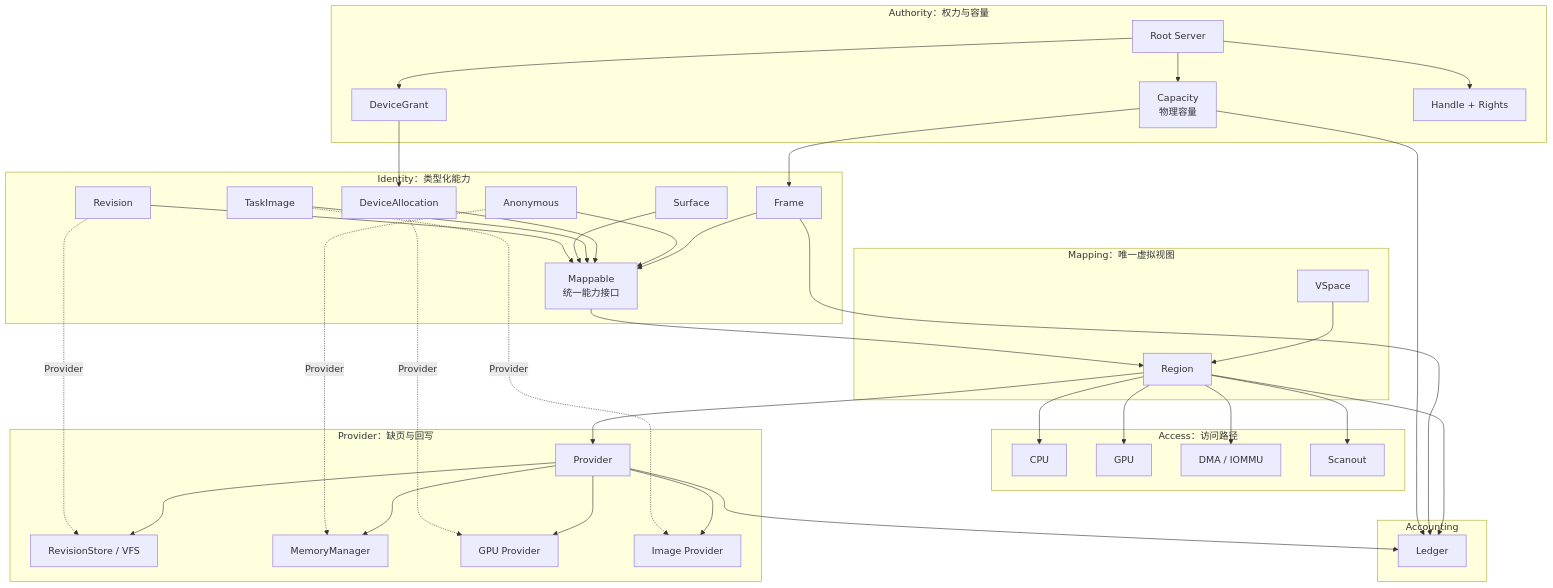
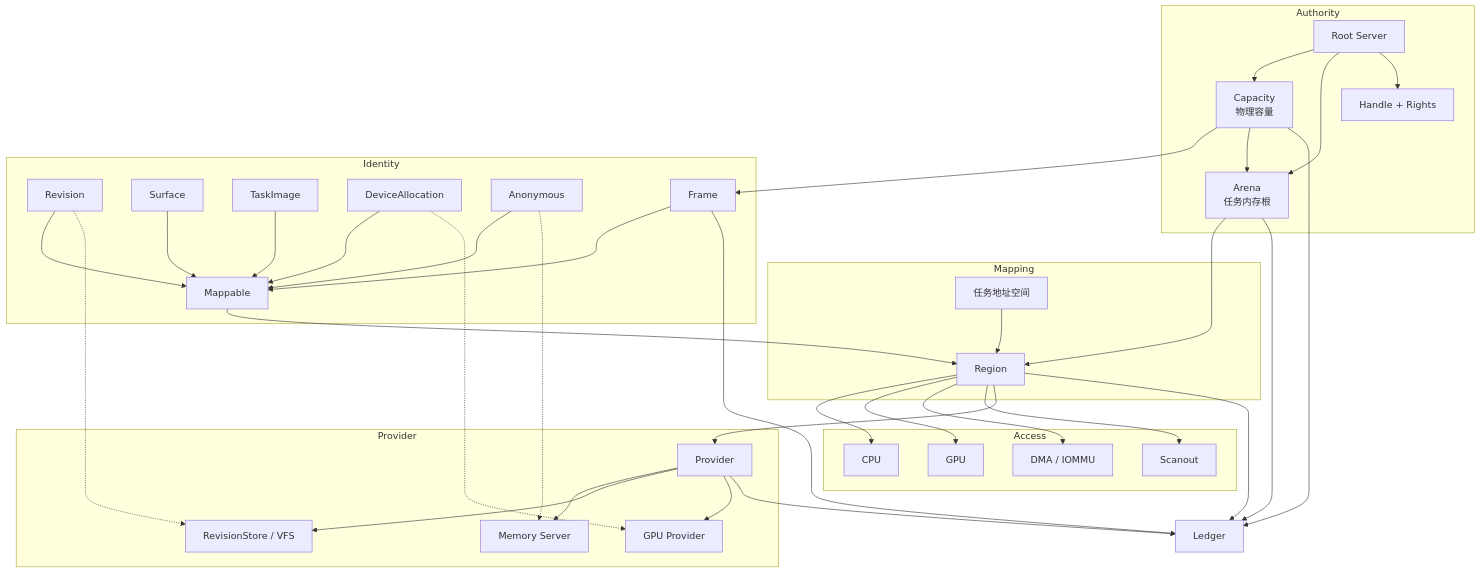
Before and after one commit to hongweifei/HolyKernel: the first of 3 diagrams in docs/hmp.md, drawn with Mermaid. The commit also changed other lines of this file and 35 other files, not shown here.

````diff
--- a/docs/hmp.md
+++ b/docs/hmp.md
@@ -65,79 +28,75 @@
 ```mermaid
 flowchart TB
-  subgraph Authority["Authority：权力与容量"]
+  subgraph Authority["Authority"]
     Root["Root Server"]
     Capacity["Capacity<br/>物理容量"]
-    Grant["DeviceGrant"]
+    Arena["Arena<br/>任务内存根"]
     Handle["Handle + Rights"]
   end
 
-  subgraph Identity["Identity：类型化能力"]
+  subgraph Identity["Identity"]
     Revision["Revision"]
     Surface["Surface"]
     TaskImage["TaskImage"]
     Device["DeviceAllocation"]
     Anonymous["Anonymous"]
     Frame["Frame"]
-    Mappable["Mappable<br/>统一能力接口"]
+    Mappable["Mappable"]
   end
 
-  subgraph Mapping["Mapping：唯一虚拟视图"]
-    VSpace["VSpace"]
+  subgraph Mapping["Mapping"]
     Region["Region"]
+    Space["任务地址空间"]
   end
 
-  subgraph Access["Access：访问路径"]
+  subgraph Access["Access"]
     CPU["CPU"]
     GPU["GPU"]
     DMA["DMA / IOMMU"]
     Scanout["Scanout"]
   end
 
-  subgraph ProviderLayer["Provider：缺页与回写"]
+  subgraph Service["Provider"]
     Provider["Provider"]
-    RevisionStore["RevisionStore / VFS"]
-    MemMgr["MemoryManager"]
-    GpuProvider["GPU Provider"]
-    ImageProvider["Image Provider"]
+    Mem["Memory Server"]
+    Store["RevisionStore / VFS"]
+    Gpu["GPU Provider"]
   end
 
-  subgraph Accounting["Accounting"]
-    Ledger["Ledger"]
-  end
+  Ledger["Ledger"]
 
   Root --> Capacity
-  Root --> Grant
+  Root --> Arena
   Root --> Handle
   Capacity --> Frame
-  Grant --> Device
+  Capacity --> Arena
+  Arena --> Region
+  Space --> Region
 
   Revision --> Mappable
   Surface --> Mappable
   TaskImage --> Mappable
   Device --> Mappable
   Anonymous --> Mappable
   Frame --> Mappable
   Mappable --> Region
-  VSpace --> Region
 
   Region --> CPU
   Region --> GPU
   Region --> DMA
   Region --> Scanout
 
-  Revision -.->|Provider| RevisionStore
-  Anonymous -.->|Provider| MemMgr
-  Device -.->|Provider| GpuProvider
-  TaskImage -.->|Provider| ImageProvider
-
+  Revision -.-> Store
+  Anonymous -.-> Mem
+  Device -.-> Gpu
   Region --> Provider
-  Provider --> RevisionStore
-  Provider --> MemMgr
-  Provider --> GpuProvider
-  Provider --> ImageProvider
+  Provider --> Mem
+  Provider --> Store
+  Provider --> Gpu
 
   Capacity --> Ledger
+  Arena --> Ledger
   Frame --> Ledger
   Region --> Ledger
   Provider --> Ledger
 ```
````
